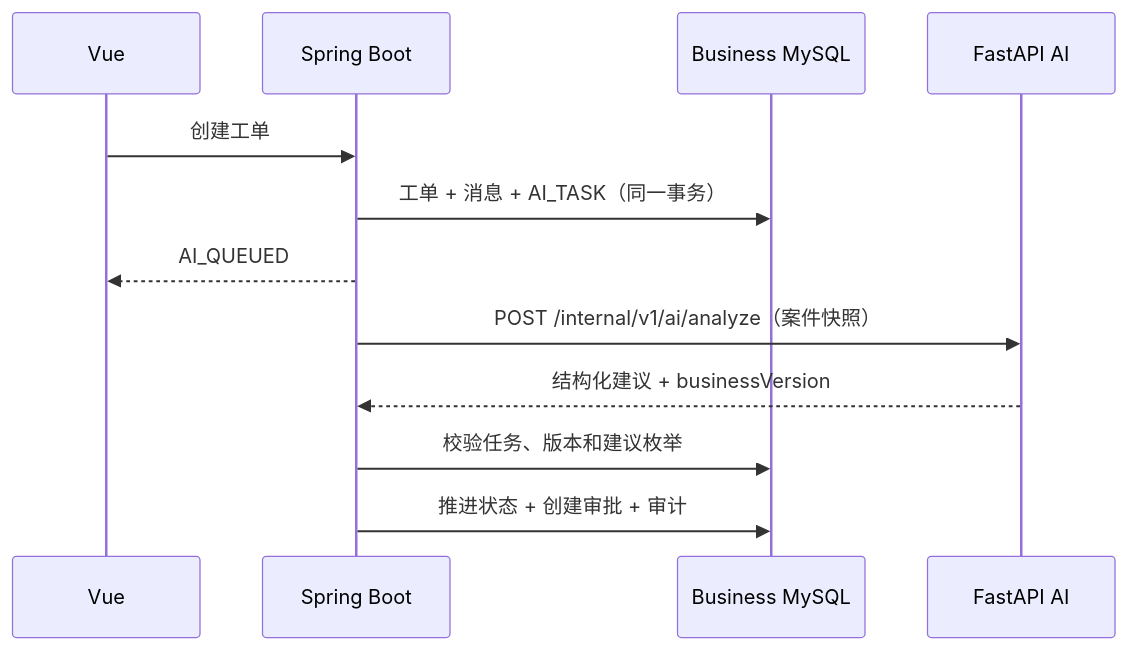
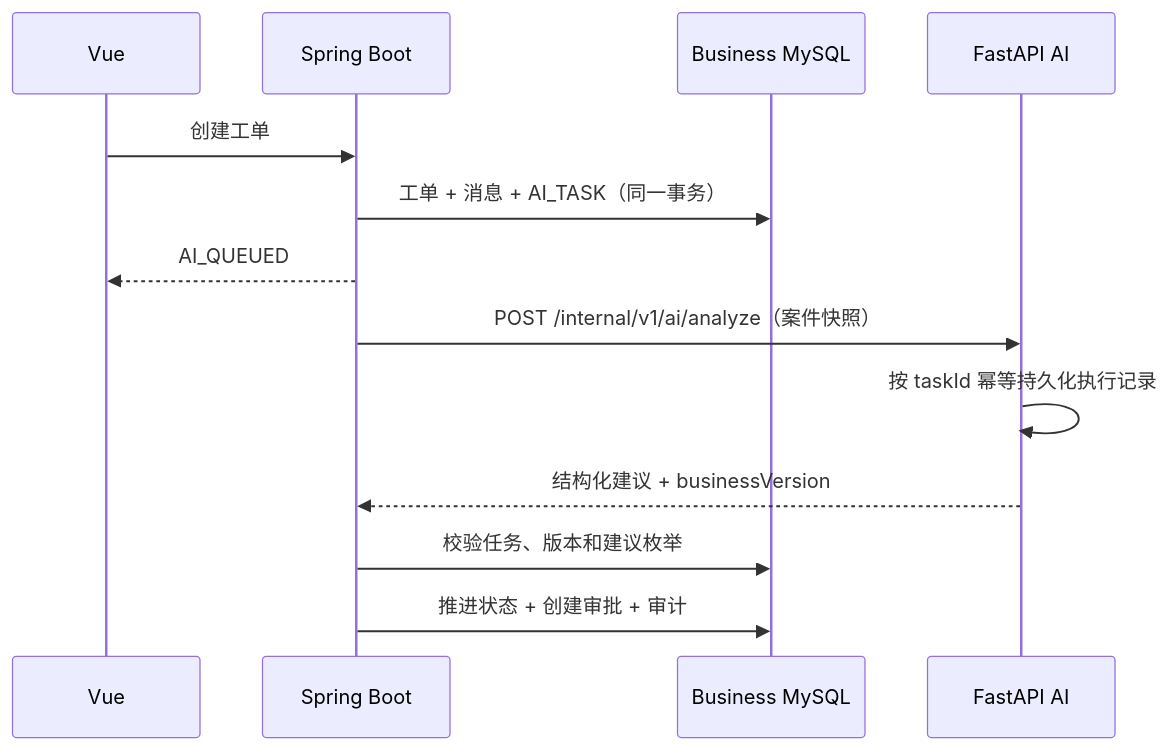
Before and after one commit to Heaven12499/resolve-flow: the diagram in docs/production-shaped-architecture.md, drawn with Mermaid. The commit also changed other lines of this file and 1 other file, not shown here.

````diff
--- a/docs/production-shaped-architecture.md
+++ b/docs/production-shaped-architecture.md
@@ -16,15 +16,16 @@
 ```mermaid
 sequenceDiagram
     participant UI as Vue
     participant B as Spring Boot
     participant DB as Business MySQL
     participant AI as FastAPI AI
 
     UI->>B: 创建工单
     B->>DB: 工单 + 消息 + AI_TASK（同一事务）
     B-->>UI: AI_QUEUED
     B->>AI: POST /internal/v1/ai/analyze（案件快照）
+    AI->>AI: 按 taskId 幂等持久化执行记录
     AI-->>B: 结构化建议 + businessVersion
     B->>DB: 校验任务、版本和建议枚举
     B->>DB: 推进状态 + 创建审批 + 审计
 ```
````
